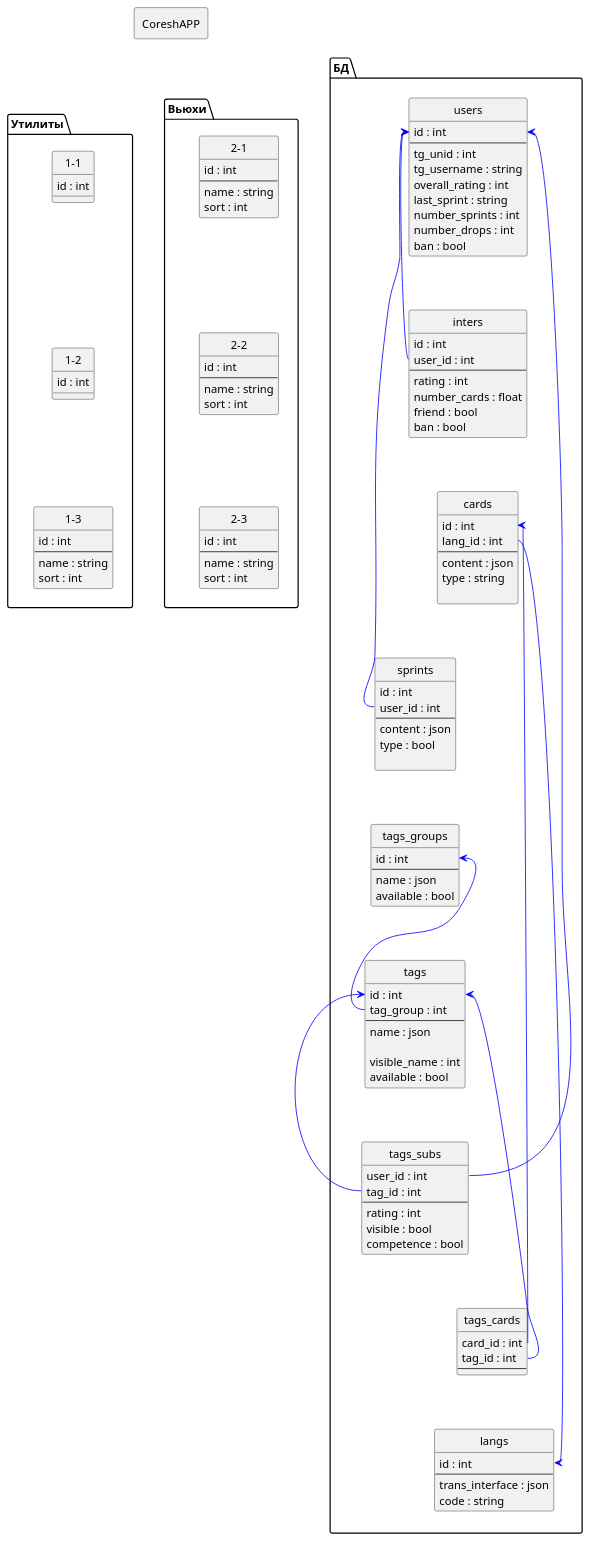
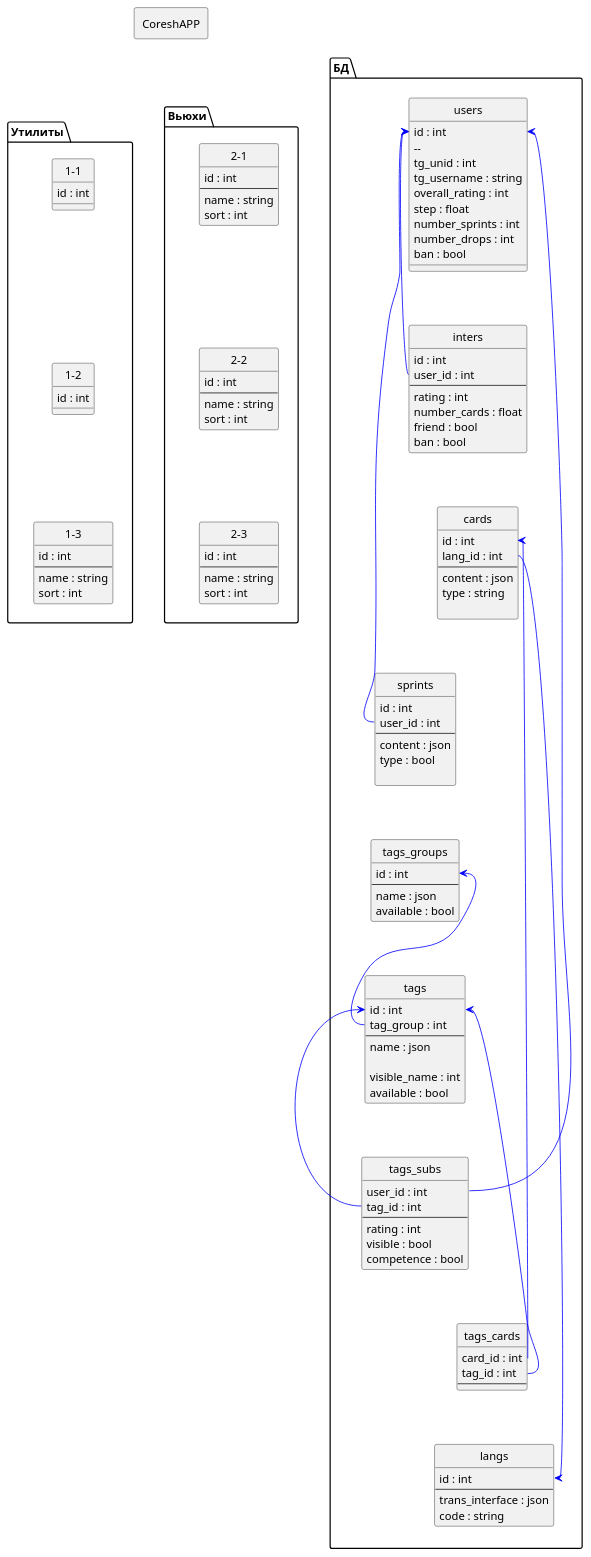
The diagram in README-files/uml.md (Ulver56/coresh), drawn with PlantUML before and after one commit. The commit also changed 2 other files, not shown here.

```diff
--- a/README-files/uml.md
+++ b/README-files/uml.md
@@ -59,6 +59,7 @@
 
 ' ## Пользователь ##
     entity "users" {
+  
   ' id пользователя
     id : int
     --
@@ -68,8 +69,8 @@
     tg_username : string
   ' общий рейтинг 
     overall_rating : int
-  '  последний пройденный спринт
-    last_sprint : string
+  ' Текущий шаг и подшаг спринта.
+    step : float
   ' количество пройденных спринтов
     number_sprints : int
   ' количество сбросов аккаунта
```
